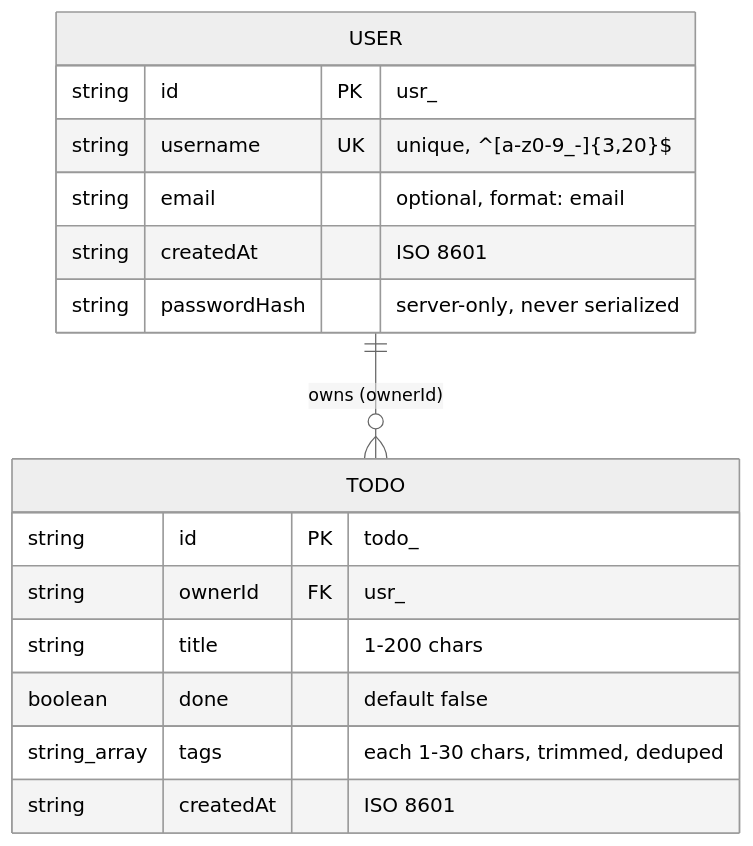
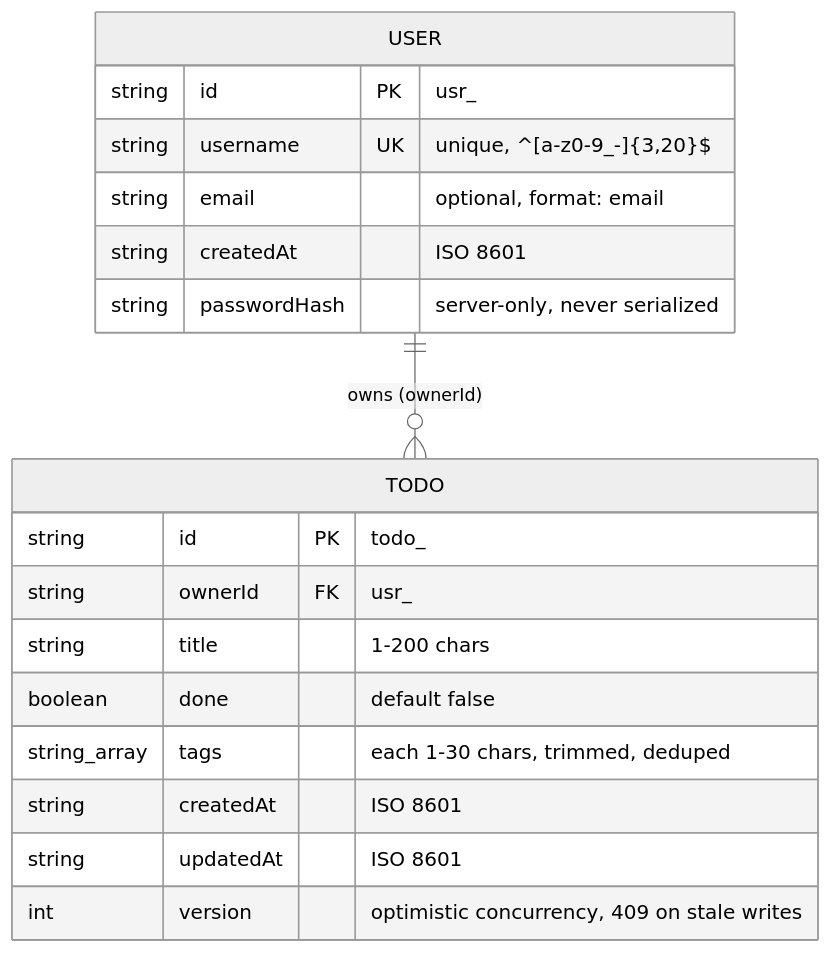
One commit to asimov-hq/minimal-npm-workspace changed the diagram in docs/documentations/developer/data-models.md. Above: the diagram before and after it, drawn with Mermaid (neutral theme). The commit also changed other lines of this file and 11 other files, not shown here.

First line of the commit message:
Complete the todo resource: optimistic concurrency, GET /:id, filters

````diff
--- a/docs/documentations/developer/data-models.md
+++ b/docs/documentations/developer/data-models.md
@@ -7,19 +7,21 @@
 ```mermaid
 erDiagram
     USER ||--o{ TODO : "owns (ownerId)"
     USER {
         string id PK "usr_<uuid>"
         string username UK "unique, ^[a-z0-9_-]{3,20}$"
         string email "optional, format: email"
         string createdAt "ISO 8601"
         string passwordHash "server-only, never serialized"
     }
     TODO {
         string id PK "todo_<uuid>"
         string ownerId FK "usr_<uuid>"
         string title "1-200 chars"
         boolean done "default false"
         string_array tags "each 1-30 chars, trimmed, deduped"
         string createdAt "ISO 8601"
+        string updatedAt "ISO 8601"
+        int version "optimistic concurrency, 409 on stale writes"
     }
 ```
````
